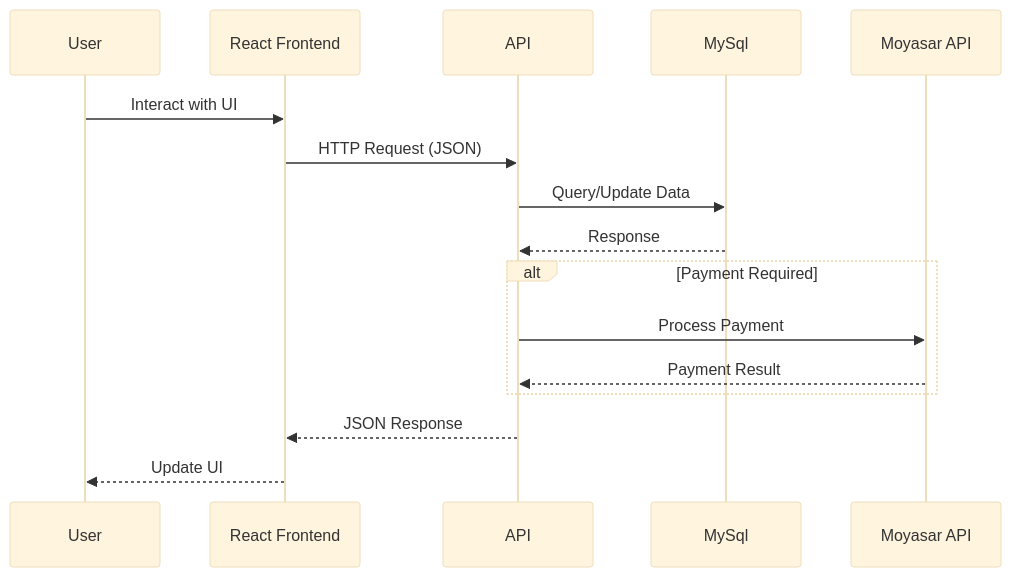
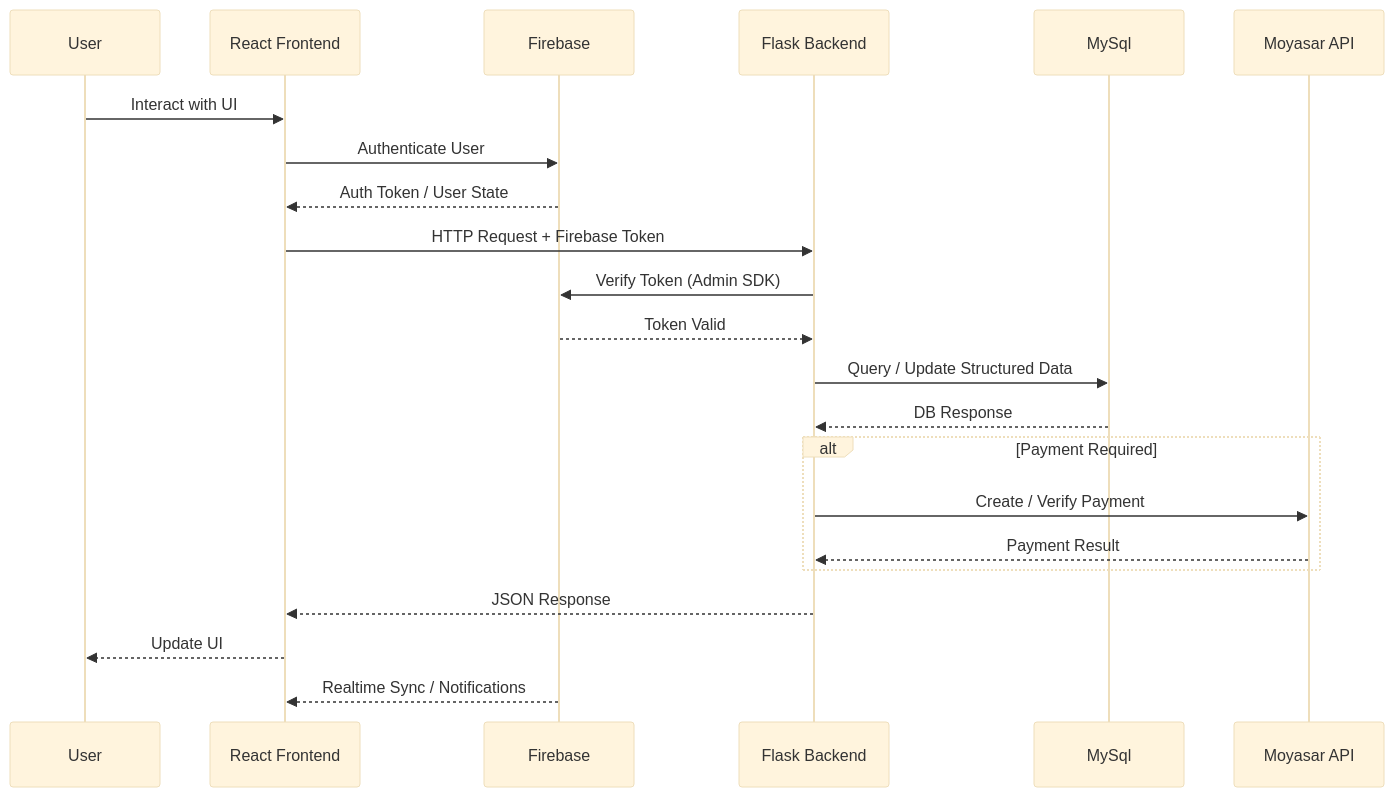
Before and after one commit to aziz5g-tech/holbertonschool-portfolio-project: the second of 2 diagrams in Stage 3/high-level architecture diagram .md, drawn with Mermaid (base theme).

Commit message:
Update architecture diagram with Firebase and Flask API

````diff
--- a/Stage 3/high-level architecture diagram .md
+++ b/Stage 3/high-level architecture diagram .md
@@ -41,21 +41,38 @@
 ```mermaid
 sequenceDiagram
     participant User
     participant React as React Frontend
-    participant API
+    participant Firebase
+    participant API as Flask Backend
     participant MySql
     participant Moyasar as Moyasar API
 
+    %% User Interaction
     User->>React: Interact with UI
-    React->>API: HTTP Request (JSON)
-    API->>MySql: Query/Update Data
-    MySql-->>API: Response
-    
+
+    %% Authentication & Realtime
+    React->>Firebase: Authenticate User
+    Firebase-->>React: Auth Token / User State
+
+    %% Secure API Request
+    React->>API: HTTP Request + Firebase Token
+    API->>Firebase: Verify Token (Admin SDK)
+    Firebase-->>API: Token Valid
+
+    %% Business Data Flow
+    API->>MySql: Query / Update Structured Data
+    MySql-->>API: DB Response
+
+    %% Optional Payment Flow
     alt Payment Required
-        API->>Moyasar: Process Payment
+        API->>Moyasar: Create / Verify Payment
         Moyasar-->>API: Payment Result
     end
-    
+
+    %% Final Response
     API-->>React: JSON Response
     React-->>User: Update UI
+
+    %% Realtime Updates
+    Firebase-->>React: Realtime Sync / Notifications
 ```
````
